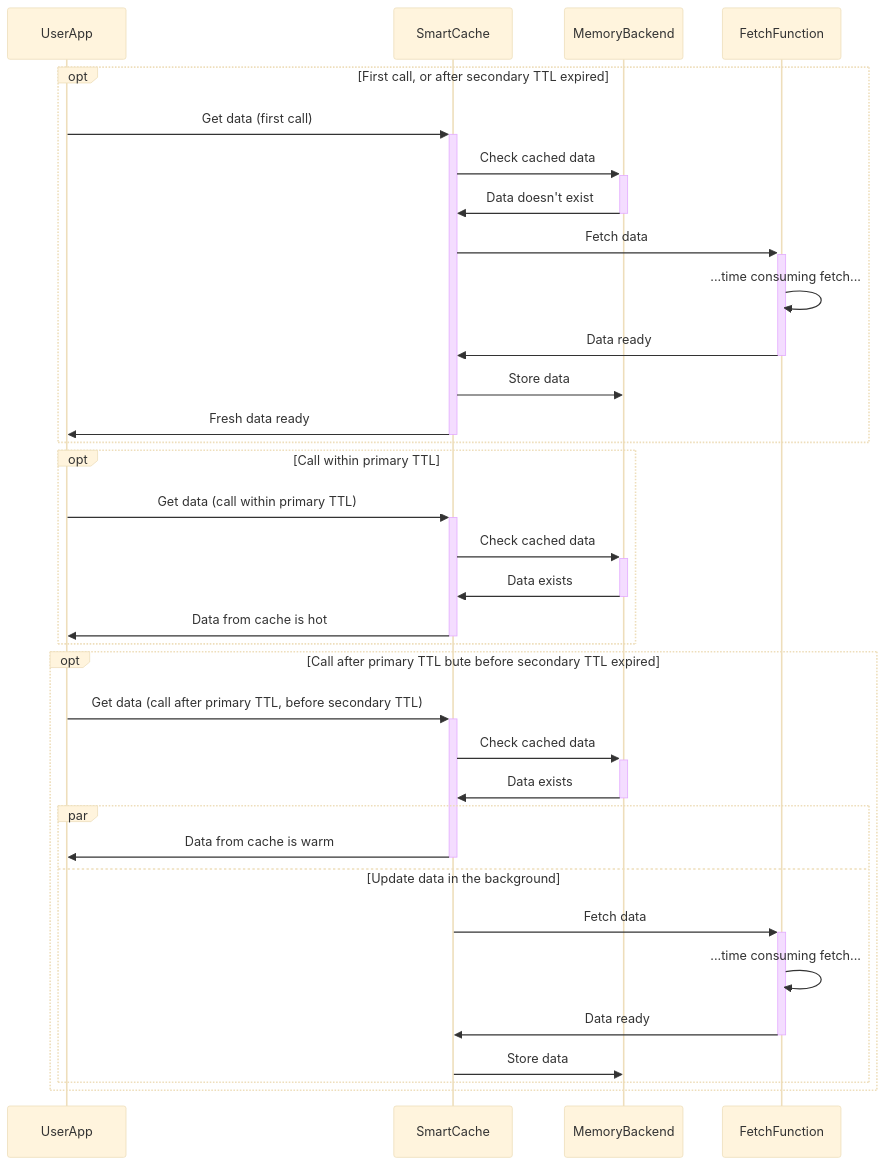
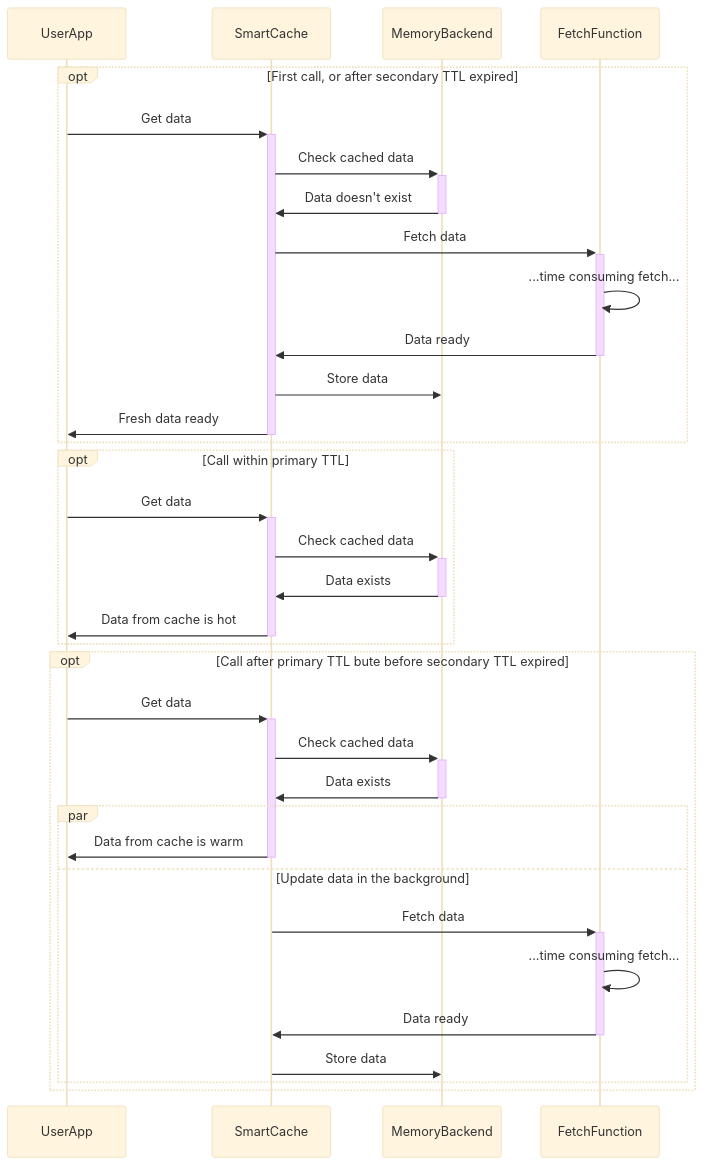
The second of 2 diagrams in README.md (m-zajac/smartcache), drawn with Mermaid (base theme) before and after one commit.

````diff
--- a/README.md
+++ b/README.md
@@ -24,34 +24,34 @@
 ```mermaid
 sequenceDiagram
     opt First call, or after secondary TTL expired
-        UserApp->>+SmartCache: Get data (first call)
+        UserApp->>+SmartCache: Get data
         SmartCache->>+MemoryBackend: Check cached data
         MemoryBackend->>-SmartCache: Data doesn't exist
         SmartCache->>+FetchFunction: Fetch data
         FetchFunction->>FetchFunction: ...time consuming fetch...
         FetchFunction->>-SmartCache: Data ready
         SmartCache->>MemoryBackend: Store data
         SmartCache->>-UserApp: Fresh data ready
     end
 
     opt Call within primary TTL
-        UserApp->>+SmartCache: Get data (call within primary TTL)
+        UserApp->>+SmartCache: Get data
         SmartCache->>+MemoryBackend: Check cached data
         MemoryBackend->>-SmartCache: Data exists
         SmartCache->>-UserApp: Data from cache is hot
     end
 
     opt Call after primary TTL bute before secondary TTL expired
-        UserApp->>+SmartCache: Get data (call after primary TTL, before secondary TTL)
+        UserApp->>+SmartCache: Get data
         SmartCache->>+MemoryBackend: Check cached data
         MemoryBackend->>-SmartCache: Data exists
         par
             SmartCache->>-UserApp: Data from cache is warm
         and Update data in the background
             SmartCache->>+FetchFunction: Fetch data
             FetchFunction->>FetchFunction: ...time consuming fetch...
             FetchFunction->>-SmartCache: Data ready
             SmartCache->>MemoryBackend: Store data
         end
     end
 ```
````
